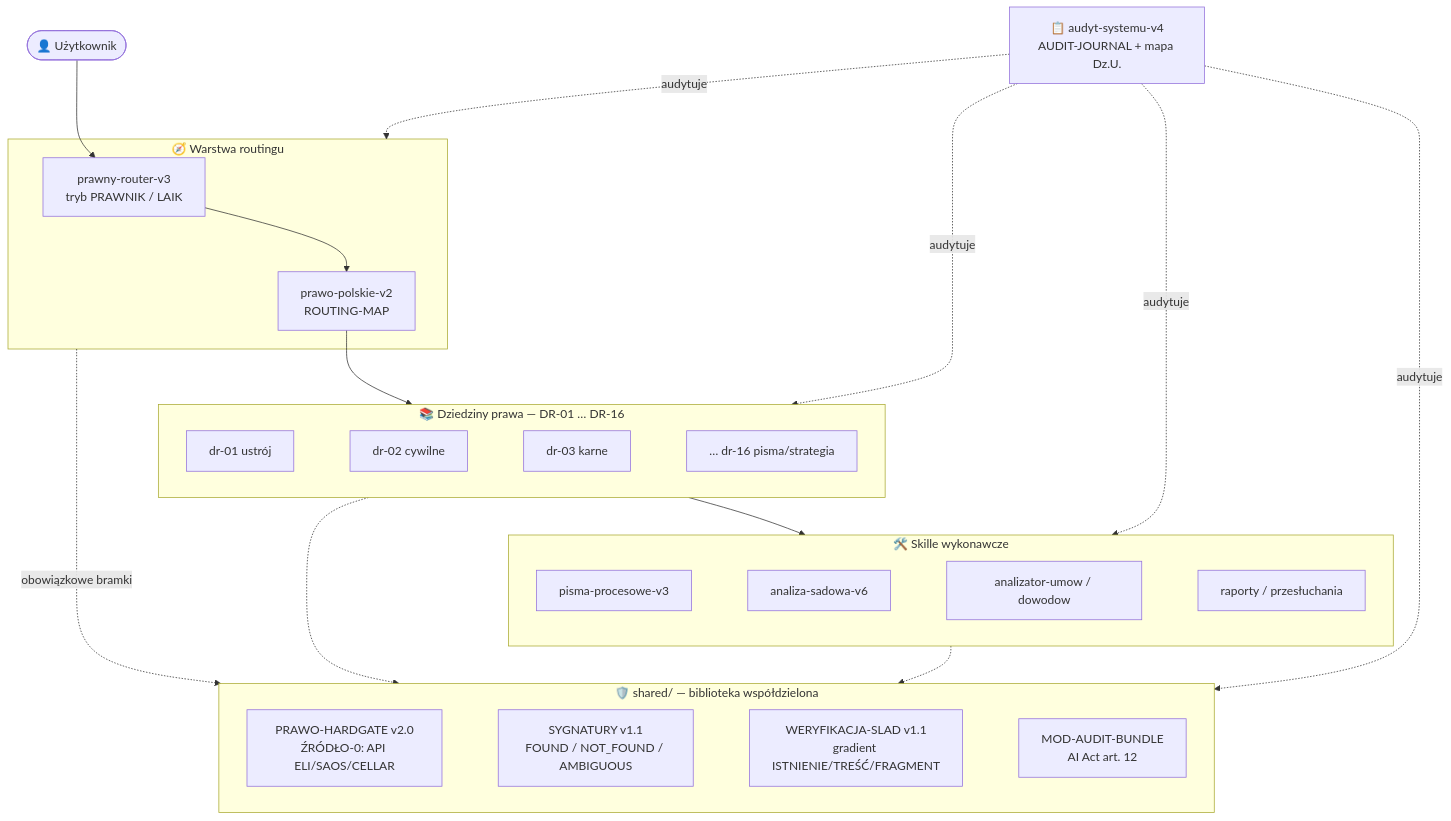
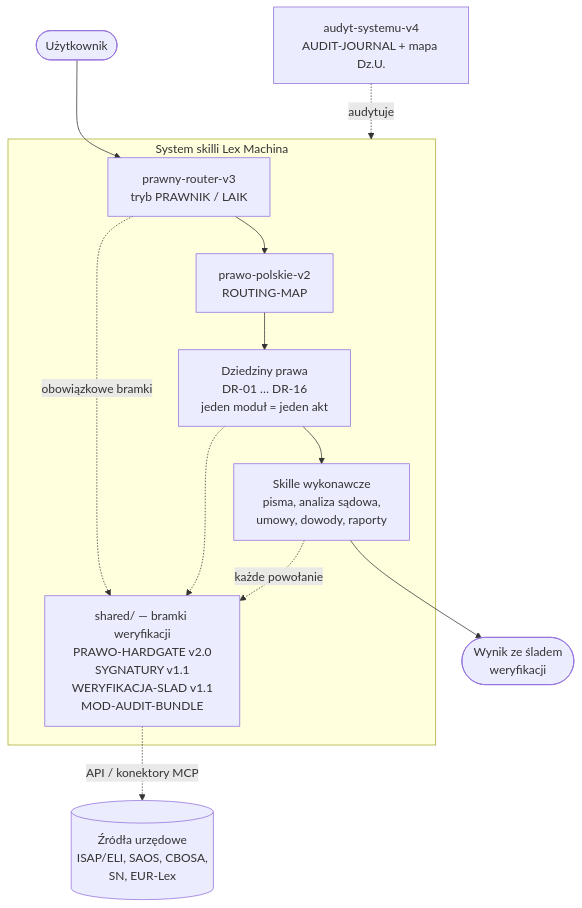
Before and after one commit to michaleiatrak-star/Lex-Machina: the diagram in README.md, drawn with Mermaid.

Commit message:
README: diagram architektury czytelny w podgladzie GitHuba (#93)
Stary diagram: cztery krzyzujace sie linie 'audytuje', niewidoczne
polaczenia ~~~ rozpychajace grupy w poziomie, cel wielokrotny z &.
Nowy: jeden przeplyw router -> prawo-polskie -> DR -> skille wykonawcze,
bramki shared/ jako jeden wezel, audyt jedna strzalka do calego systemu,
zrodla urzedowe przez API/konektory MCP. Bez emoji w diagramie.

Claude-Session: https://claude.ai/code/session_017aX4nezP3GqvMAf1oSPBtG

````diff
--- a/README.md
+++ b/README.md
@@ -66,29 +66,18 @@
 ```mermaid
 flowchart TB
-    U([👤 Użytkownik]) --> R
+    U(["Użytkownik"]) --> R
 
-    subgraph ROUTING["🧭 Warstwa routingu"]
-        R[prawny-router-v3<br/>tryb PRAWNIK / LAIK] --> PP[prawo-polskie-v2<br/>ROUTING-MAP]
+    subgraph SYS["System skilli Lex Machina"]
+        R["prawny-router-v3<br/>tryb PRAWNIK / LAIK"] --> PP["prawo-polskie-v2<br/>ROUTING-MAP"]
+        PP --> DR["Dziedziny prawa<br/>DR-01 … DR-16<br/>jeden moduł = jeden akt"]
+        DR --> EXEC["Skille wykonawcze<br/>pisma, analiza sądowa,<br/>umowy, dowody, raporty"]
+        SH["shared/ — bramki weryfikacji<br/>PRAWO-HARDGATE v2.0<br/>SYGNATURY v1.1<br/>WERYFIKACJA-SLAD v1.1<br/>MOD-AUDIT-BUNDLE"]
+        R -.->|"obowiązkowe bramki"| SH
+        DR -.-> SH
+        EXEC -.->|"każde powołanie"| SH
     end
 
-    subgraph DR["📚 Dziedziny prawa — DR-01 … DR-16"]
-        D1[dr-01 ustrój] ~~~ D2[dr-02 cywilne] ~~~ D3[dr-03 karne] ~~~ DN[… dr-16 pisma/strategia]
-    end
-
-    subgraph EXEC["🛠️ Skille wykonawcze"]
-        E1[pisma-procesowe-v3] ~~~ E2[analiza-sadowa-v6] ~~~ E3[analizator-umow / dowodow] ~~~ E4[raporty / przesłuchania]
-    end
-
-    subgraph SHARED["🛡️ shared/ — biblioteka współdzielona"]
-        S1[PRAWO-HARDGATE v2.0<br/>ŹRÓDŁO-0: API ELI/SAOS/CELLAR] ~~~ S2[SYGNATURY v1.1<br/>FOUND / NOT_FOUND / AMBIGUOUS] ~~~ S3[WERYFIKACJA-SLAD v1.1<br/>gradient ISTNIENIE/TREŚĆ/FRAGMENT] ~~~ S4[MOD-AUDIT-BUNDLE<br/>AI Act art. 12]
-    end
-
-    AUD[📋 audyt-systemu-v4<br/>AUDIT-JOURNAL + mapa Dz.U.]
-
-    PP --> DR
-    DR --> EXEC
-    ROUTING -.obowiązkowe bramki.-> SHARED
-    DR -.-> SHARED
-    EXEC -.-> SHARED
-    AUD -. audytuje .-> ROUTING & DR & EXEC & SHARED
+    EXEC --> OUT(["Wynik ze śladem<br/>weryfikacji"])
+    SH -.->|"API / konektory MCP"| SRC[("Źródła urzędowe<br/>ISAP/ELI, SAOS, CBOSA,<br/>SN, EUR-Lex")]
+    AUD["audyt-systemu-v4<br/>AUDIT-JOURNAL + mapa Dz.U."] -.->|"audytuje"| SYS
 ```
````
